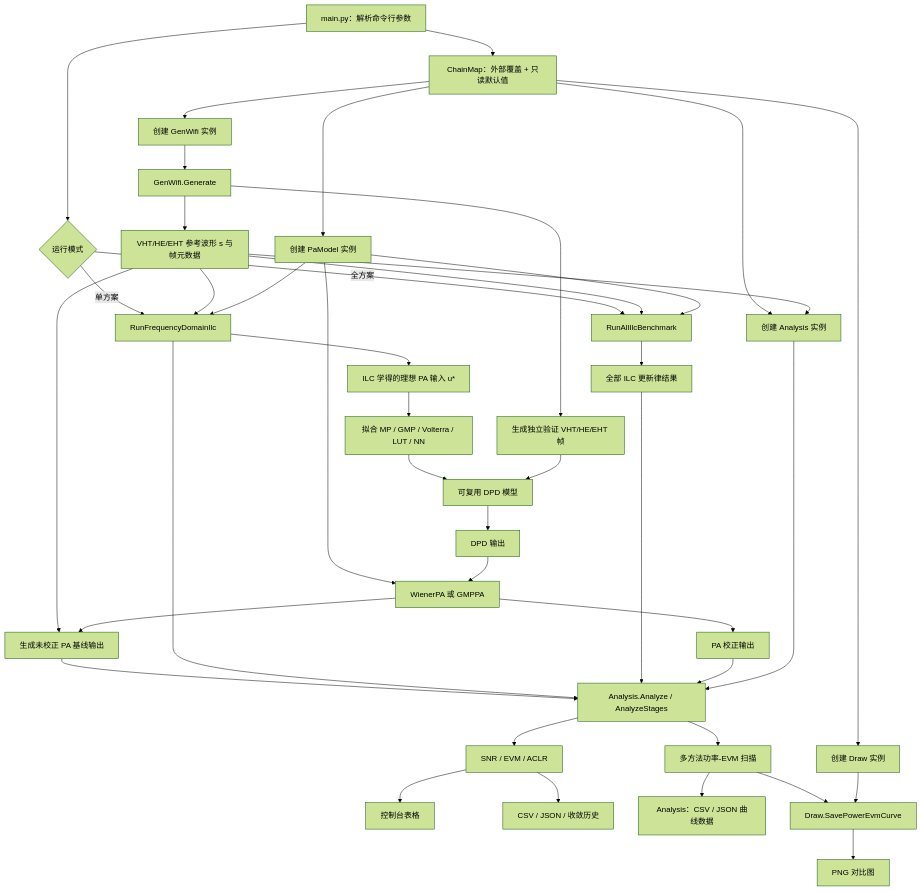
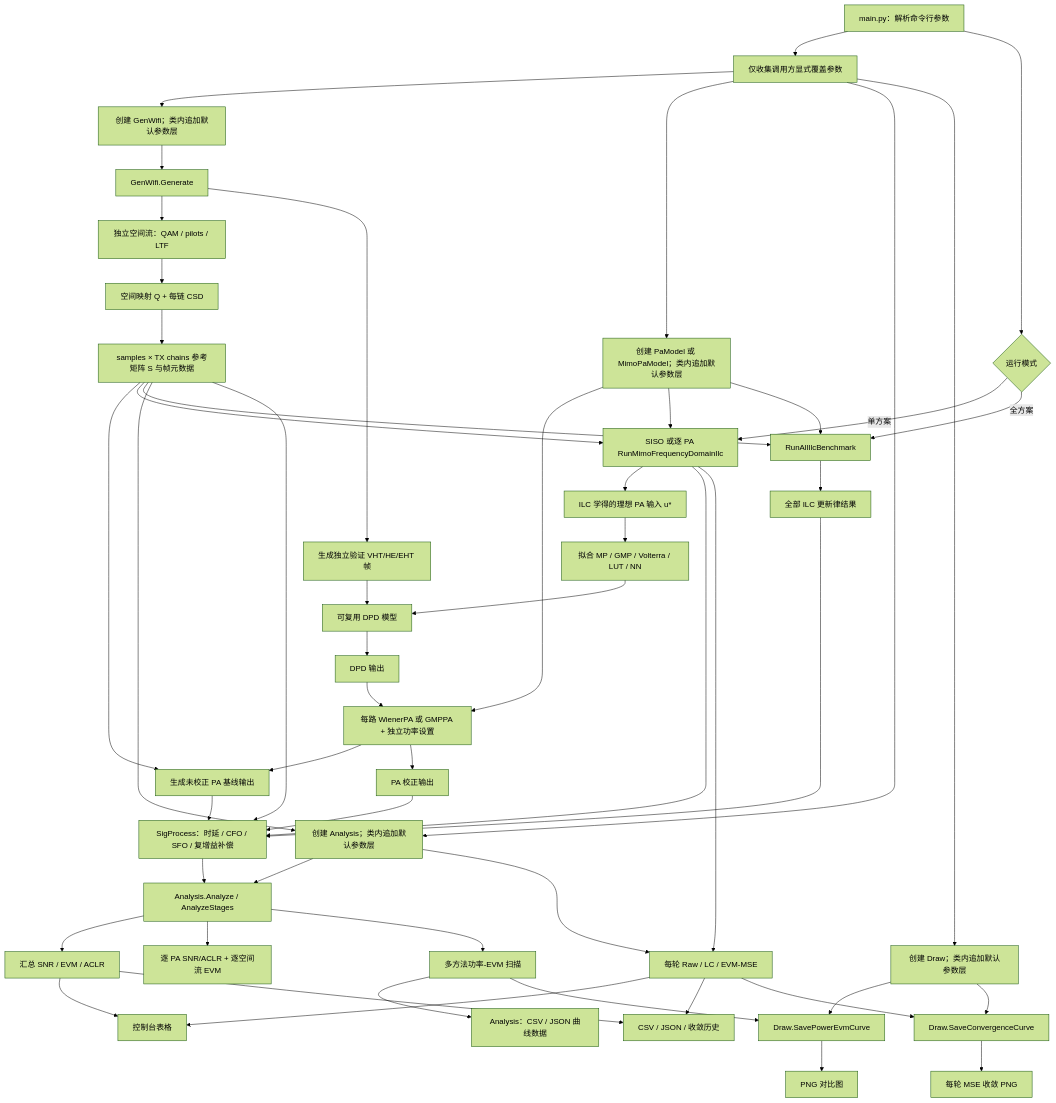
Before and after one commit to niyilu45/DPD_ILC: the first of 12 diagrams in README.md, drawn with Mermaid (forest theme). The commit also changed other lines of this file and 18 other files, not shown here.

Commit message:
Add MIMO DPD and EVM-aligned ILC diagnostics

````diff
--- a/README.md
+++ b/README.md
@@ -40,48 +44,60 @@
 ```mermaid
 flowchart TD
-    start["main.py：解析命令行参数"] --> configChain["ChainMap：外部覆盖 + 只读默认值"]
-    configChain --> wifiGenerator["创建 GenWifi 实例"]
+    start["main.py：解析命令行参数"] --> overrideMap["仅收集调用方显式覆盖参数"]
+    overrideMap --> wifiGenerator["创建 GenWifi；类内追加默认参数层"]
     wifiGenerator --> waveGen["GenWifi.Generate"]
-    waveGen --> reference["VHT/HE/EHT 参考波形 s 与帧元数据"]
+    waveGen --> streams["独立空间流：QAM / pilots / LTF"]
+    streams --> spatialMap["空间映射 Q + 每链 CSD"]
+    spatialMap --> reference["samples × TX chains 参考矩阵 S 与帧元数据"]
 
-    configChain --> paModel["创建 PaModel 实例"]
-    paModel --> paImplementation["WienerPA 或 GMPPA"]
+    overrideMap --> paModel["创建 PaModel 或 MimoPaModel；类内追加默认参数层"]
+    paModel --> paImplementation["每路 WienerPA 或 GMPPA + 独立功率设置"]
     reference --> baseline["生成未校正 PA 基线输出"]
     paImplementation --> baseline
 
     start --> mode{"运行模式"}
-    mode -->|单方案| frequencyIlc["RunFrequencyDomainIlc"]
+    mode -->|单方案| frequencyIlc["SISO 或逐 PA RunMimoFrequencyDomainIlc"]
     mode -->|全方案| benchmark["RunAllIlcBenchmark"]
     reference --> frequencyIlc
     paModel --> frequencyIlc
     reference --> benchmark
     paModel --> benchmark
 
     frequencyIlc --> learnedInput["ILC 学得的理想 PA 输入 u*"]
     benchmark --> variantResults["全部 ILC 更新律结果"]
     learnedInput --> deployFit["拟合 MP / GMP / Volterra / LUT / NN"]
     deployFit --> deployedDpd["可复用 DPD 模型"]
 
     waveGen --> validation["生成独立验证 VHT/HE/EHT 帧"]
     validation --> deployedDpd
     deployedDpd --> predistortedInput["DPD 输出"]
     predistortedInput --> paImplementation
     paImplementation --> correctedOutput["PA 校正输出"]
 
-    configChain --> analysis["创建 Analysis 实例"]
+    overrideMap --> analysis["创建 Analysis；类内追加默认参数层"]
     reference --> analysis
-    baseline --> analysisMethod["Analysis.Analyze / AnalyzeStages"]
-    frequencyIlc --> analysisMethod
-    variantResults --> analysisMethod
-    correctedOutput --> analysisMethod
+    reference --> signalProcess["SigProcess：时延 / CFO / SFO / 复增益补偿"]
+    baseline --> signalProcess
+    frequencyIlc --> signalProcess
+    variantResults --> signalProcess
+    correctedOutput --> signalProcess
+    signalProcess --> analysisMethod["Analysis.Analyze / AnalyzeStages"]
     analysis --> analysisMethod
-    analysisMethod --> metrics["SNR / EVM / ACLR"]
+    analysisMethod --> metrics["汇总 SNR / EVM / ACLR"]
+    analysisMethod --> mimoMetrics["逐 PA SNR/ACLR + 逐空间流 EVM"]
     analysisMethod --> powerCurve["多方法功率-EVM 扫描"]
     metrics --> console["控制台表格"]
     metrics --> files["CSV / JSON / 收敛历史"]
+    frequencyIlc --> iterationMse["每轮 Raw / LC / EVM-MSE"]
+    analysis --> iterationMse
+    iterationMse --> console
+    iterationMse --> files
     powerCurve --> curveData["Analysis：CSV / JSON 曲线数据"]
-    configChain --> draw["创建 Draw 实例"]
+    overrideMap --> draw["创建 Draw；类内追加默认参数层"]
     powerCurve --> drawMethod["Draw.SavePowerEvmCurve"]
     draw --> drawMethod
     drawMethod --> curveFigure["PNG 对比图"]
+    iterationMse --> convergenceDraw["Draw.SaveConvergenceCurve"]
+    draw --> convergenceDraw
+    convergenceDraw --> convergenceFigure["每轮 MSE 收敛 PNG"]
 ```
````
